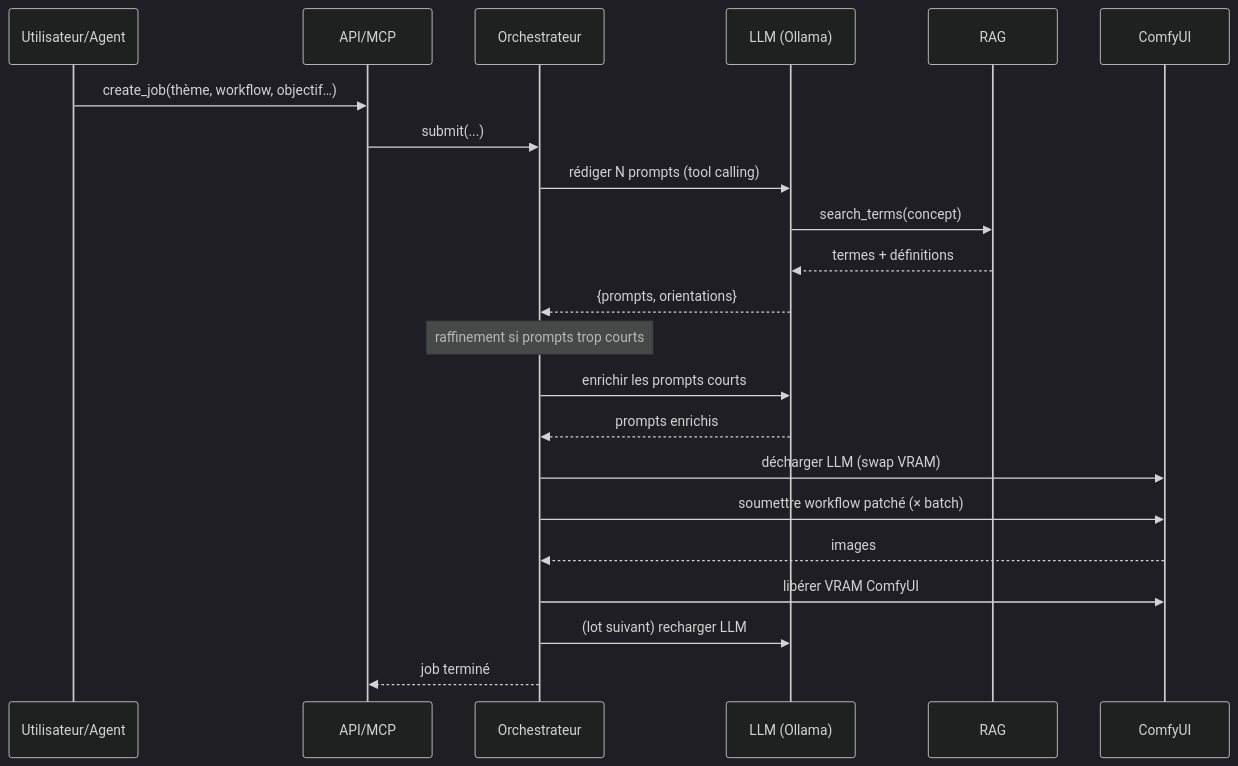
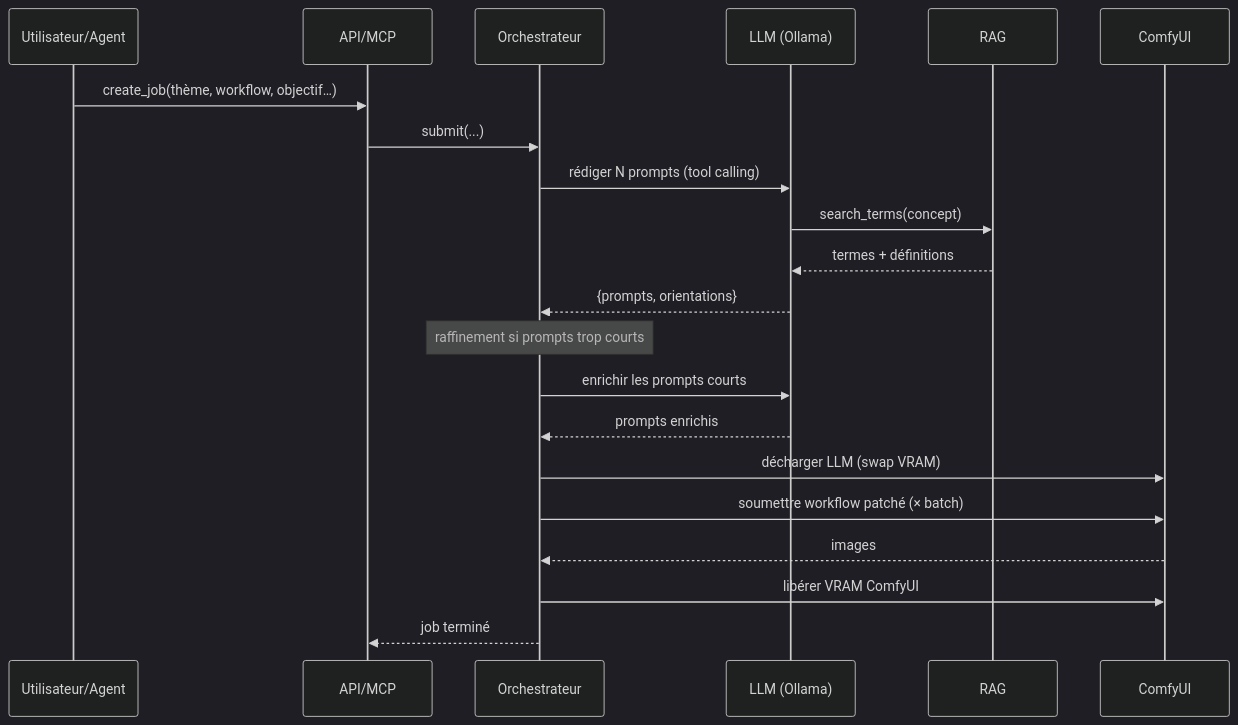
One commit to Apinsun/Prolific changed the second of 4 diagrams in ARCHITECTURE.md. Above: the diagram before and after it, drawn with Mermaid (dark theme). The commit also changed other lines of this file and 4 other files, not shown here.

````diff
--- a/ARCHITECTURE.md
+++ b/ARCHITECTURE.md
@@ -72,25 +72,24 @@
 ```mermaid
 sequenceDiagram
     participant U as Utilisateur/Agent
     participant A as API/MCP
     participant O as Orchestrateur
     participant L as LLM (Ollama)
     participant R as RAG
     participant C as ComfyUI
 
     U->>A: create_job(thème, workflow, objectif…)
     A->>O: submit(...)
     O->>L: rédiger N prompts (tool calling)
     L->>R: search_terms(concept)
     R-->>L: termes + définitions
     L-->>O: {prompts, orientations}
     Note over O: raffinement si prompts trop courts
     O->>L: enrichir les prompts courts
     L-->>O: prompts enrichis
     O->>C: décharger LLM (swap VRAM)
     O->>C: soumettre workflow patché (× batch)
     C-->>O: images
     O->>C: libérer VRAM ComfyUI
-    O->>L: (lot suivant) recharger LLM
     O-->>A: job terminé
 ```
````
